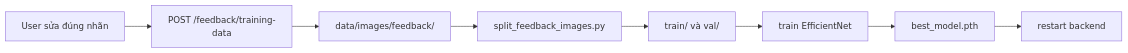
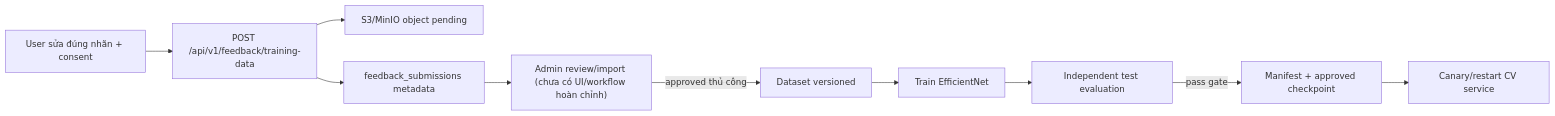
Before and after one commit to LongFixBug/Dish-AI: the sixth of 6 diagrams in docs/FOODAI_CODE_WALKTHROUGH_VI.md, drawn with Mermaid. The commit also changed other lines of this file and 103 other files, not shown here.

````diff
--- a/docs/FOODAI_CODE_WALKTHROUGH_VI.md
+++ b/docs/FOODAI_CODE_WALKTHROUGH_VI.md
@@ -913,10 +973,12 @@
 ```mermaid
 flowchart LR
-    U["User sửa đúng nhãn"] --> F["POST /feedback/training-data"]
-    F --> D["data/images/feedback/<class>"]
-    D --> S["split_feedback_images.py"]
-    S --> T["train/ và val/"]
-    T --> M["train EfficientNet"]
-    M --> B["best_model.pth"]
-    B --> R["restart backend"]
+    U["User sửa đúng nhãn + consent"] --> F["POST /api/v1/feedback/training-data"]
+    F --> O["S3/MinIO object pending"]
+    F --> D["feedback_submissions metadata"]
+    D --> H["Admin review/import (chưa có UI/workflow hoàn chỉnh)"]
+    H -->|"approved thủ công"| T["Dataset versioned"]
+    T --> M["Train EfficientNet"]
+    M --> E["Independent test evaluation"]
+    E -->|"pass gate"| B["Manifest + approved checkpoint"]
+    B --> R["Canary/restart CV service"]
 ```
````
